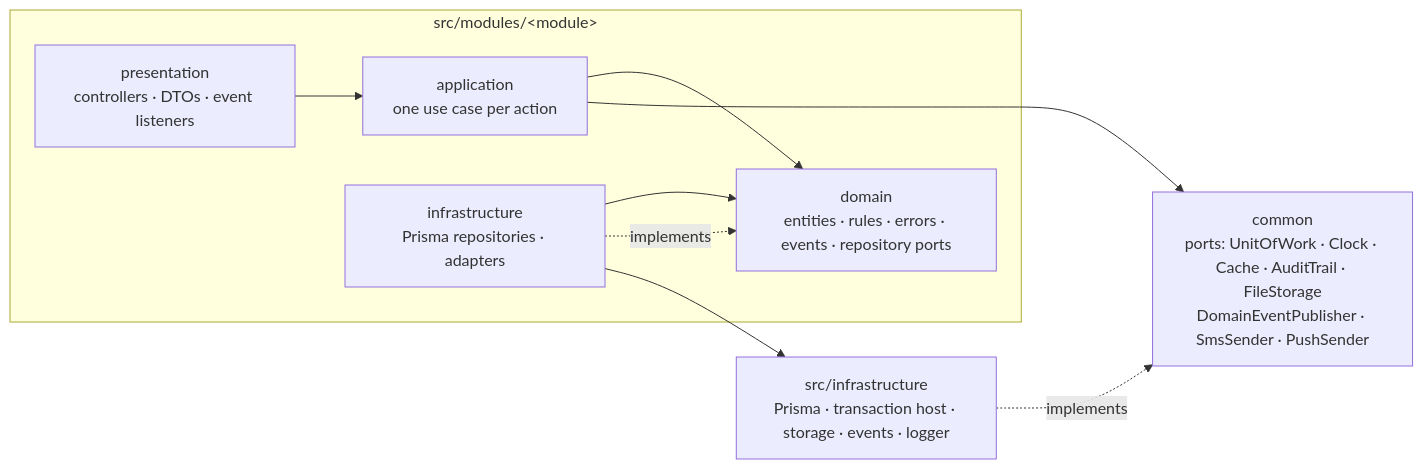
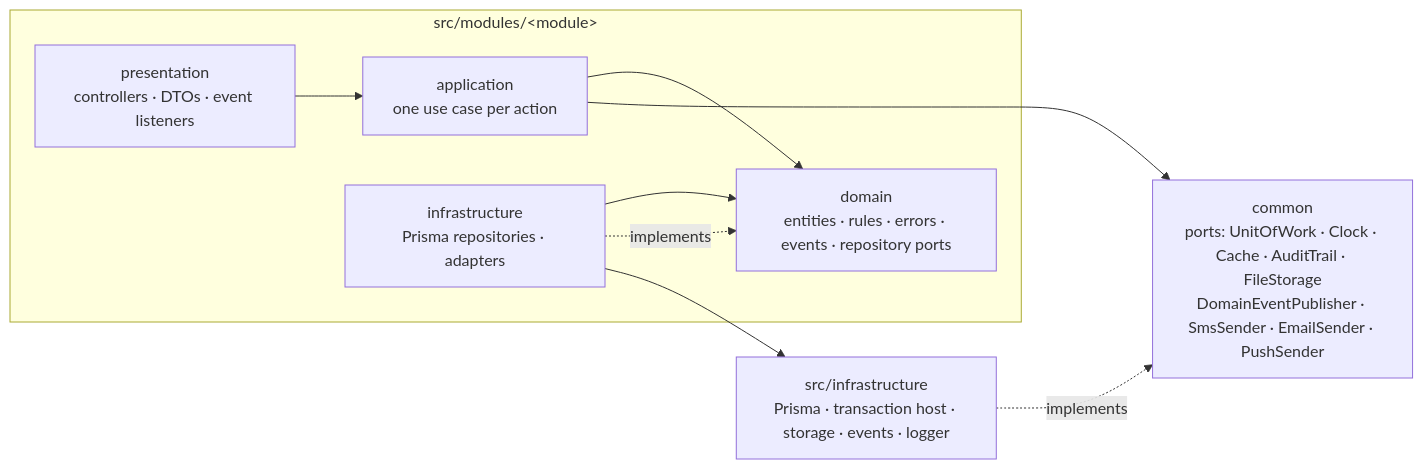
The first of 2 diagrams in README.md (aviihs/sewaPro), drawn with Mermaid before and after one commit. The commit also changed other lines of this file and 2 other files, not shown here.

Commit message:
feat(auth): implement email verification flow and update documentation

````diff
--- a/README.md
+++ b/README.md
@@ -57,12 +57,12 @@
 ```mermaid
 flowchart LR
   subgraph Module["src/modules/&lt;module&gt;"]
     P["presentation<br/>controllers · DTOs · event listeners"] --> A["application<br/>one use case per action"]
     I["infrastructure<br/>Prisma repositories · adapters"] --> D
     A --> D["domain<br/>entities · rules · errors · events · repository ports"]
     I -. implements .-> D
   end
-  A --> C["common<br/>ports: UnitOfWork · Clock · Cache · AuditTrail · FileStorage<br/>DomainEventPublisher · SmsSender · PushSender"]
+  A --> C["common<br/>ports: UnitOfWork · Clock · Cache · AuditTrail · FileStorage<br/>DomainEventPublisher · SmsSender · EmailSender · PushSender"]
   I --> X["src/infrastructure<br/>Prisma · transaction host · storage · events · logger"]
   X -. implements .-> C
 ```
````
